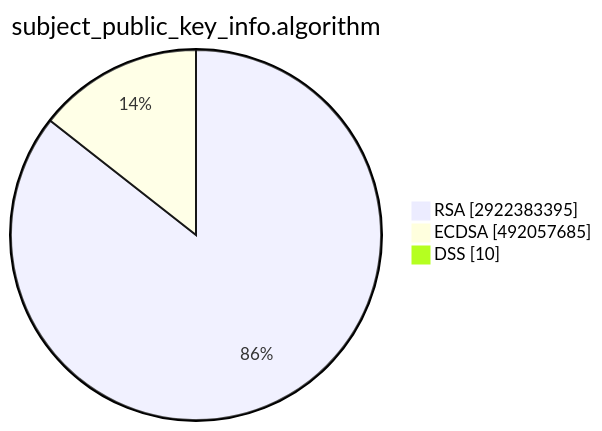
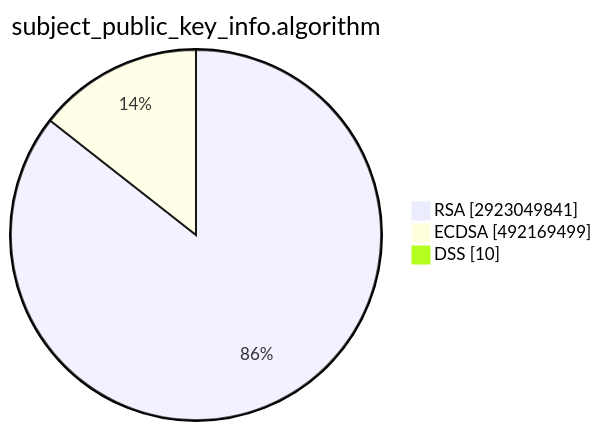
The second of 15 diagrams in TOTAL/README.md (christiankrug/ctmonitor_visualization), drawn with Mermaid before and after one commit. The commit also changed other lines of this file, not shown here.

````diff
--- a/TOTAL/README.md
+++ b/TOTAL/README.md
@@ -6,7 +6,7 @@
 ```mermaid
 pie showData
 title subject_public_key_info.algorithm
-"RSA" :2922383395
-"ECDSA" :492057685
+"RSA" :2923049841
+"ECDSA" :492169499
 "DSS" :10
 ```
````
